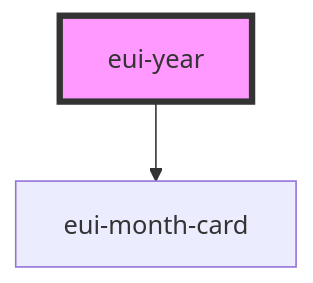
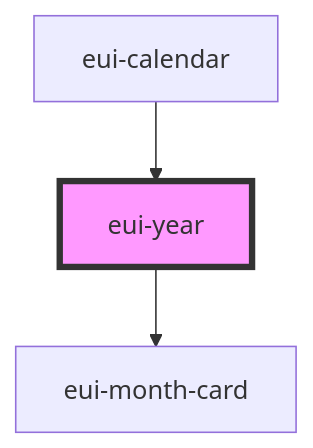
Before and after one commit to pnd-amirhosein/U_and_I: the diagram in ensemble-ui/src/components/calendars/eui-calendar-body/readme.md, drawn with Mermaid. The commit also changed other lines of this file and 17 other files, not shown here.

````diff
--- a/ensemble-ui/src/components/calendars/eui-calendar-body/readme.md
+++ b/ensemble-ui/src/components/calendars/eui-calendar-body/readme.md
@@ -24,5 +28,6 @@
 ```mermaid
 graph TD;
   eui-year --> eui-month-card
+  eui-calendar --> eui-year
   style eui-year fill:#f9f,stroke:#333,stroke-width:4px
 ```
````
